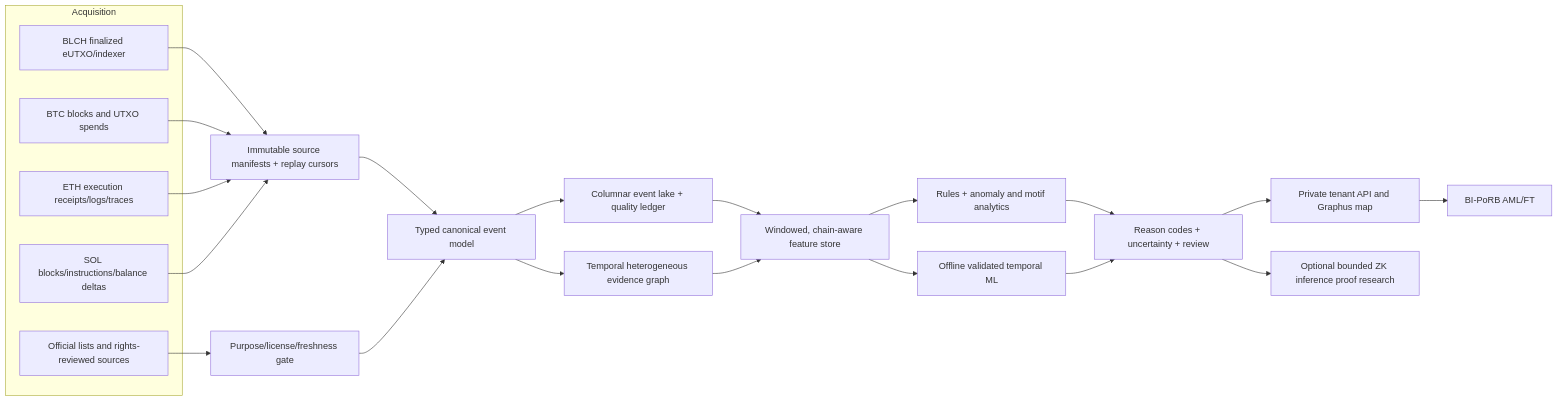
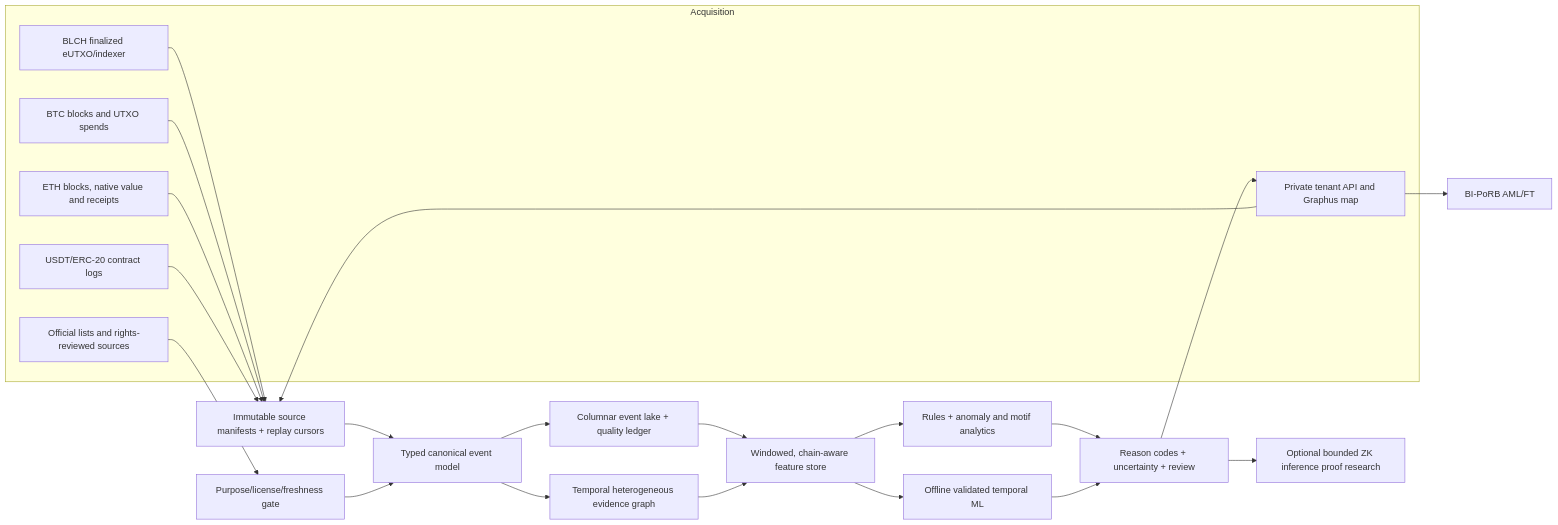
Before and after one commit to tiagobeltraoacioli-sketch/bloch-inc-porb: the diagram in docs/graphus-2-architecture.md, drawn with Mermaid. The commit also changed other lines of this file and 57 other files, not shown here.

Commit message:
Build Graphus data and ML research foundation

````diff
--- a/docs/graphus-2-architecture.md
+++ b/docs/graphus-2-architecture.md
@@ -7,24 +7,25 @@
 ```mermaid
 flowchart LR
   subgraph Acquisition
     B[BLCH finalized eUTXO/indexer]
     T[BTC blocks and UTXO spends]
-    E[ETH execution receipts/logs/traces]
-    S[SOL blocks/instructions/balance deltas]
+    E[ETH blocks, native value and receipts]
+    U[USDT/ERC-20 contract logs]
+    C[USDC/ERC-20 contract logs]
     O[Official lists and rights-reviewed sources]
   end
-  B & T & E & S --> R[Immutable source manifests + replay cursors]
+  B & T & E & U & C --> R[Immutable source manifests + replay cursors]
   O --> P[Purpose/license/freshness gate]
   R --> N[Typed canonical event model]
   P --> N
   N --> L[Columnar event lake + quality ledger]
   N --> G[Temporal heterogeneous evidence graph]
   L --> F[Windowed, chain-aware feature store]
   G --> F
   F --> A[Rules + anomaly and motif analytics]
   F --> M[Offline validated temporal ML]
   A & M --> X[Reason codes + uncertainty + review]
   X --> C[Private tenant API and Graphus map]
   X --> Z[Optional bounded ZK inference proof research]
   C --> AML[BI-PoRB AML/FT]
 ```
````
